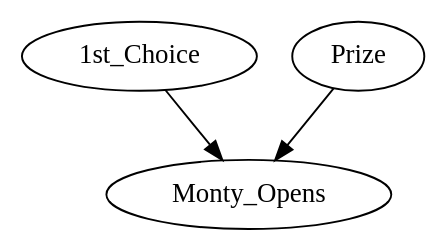
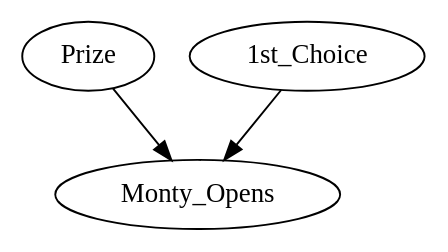
The diagram in examples_cbnets/Monty_Hall.dot (artiste-qb-net/quantum-fog), drawn with Graphviz before and after one commit. The commit also changed other lines of this file and 20 other files, not shown here.

```diff
--- a/examples_cbnets/Monty_Hall.dot
+++ b/examples_cbnets/Monty_Hall.dot
@@ -1,7 +1,7 @@
 strict digraph "" {
+Prize;
+"1st_Choice";
 Monty_Opens;
-"1st_Choice";
-Prize;
+Prize -> Monty_Opens;
 "1st_Choice" -> Monty_Opens;
-Prize -> Monty_Opens;
 }
```
